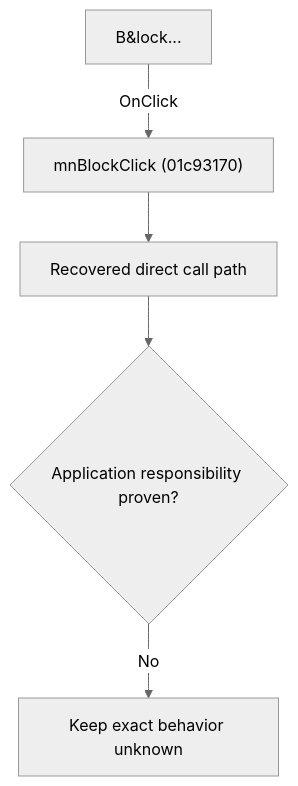
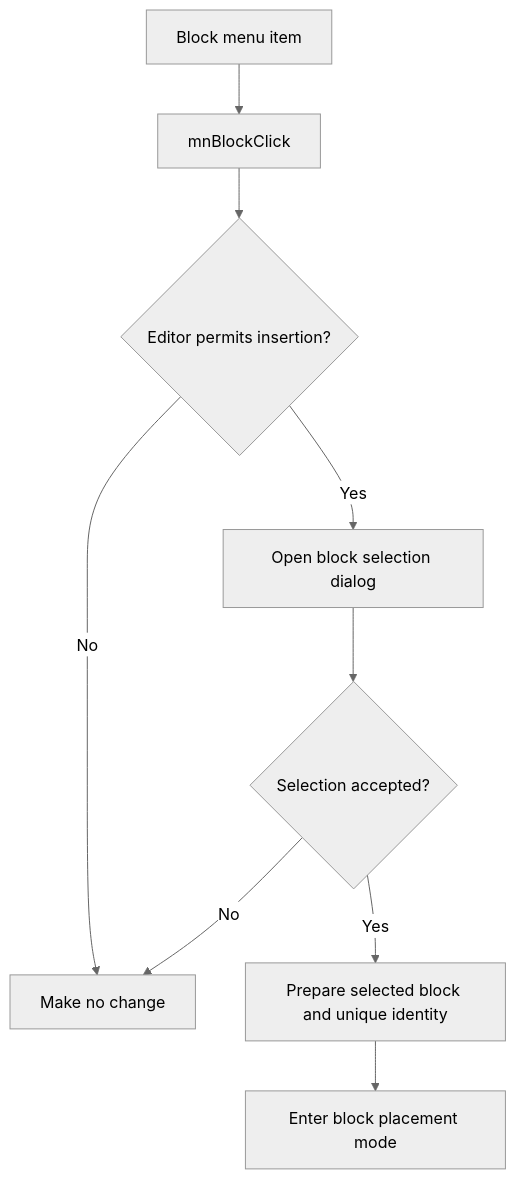
The diagram in docs/ui-controls/schematiceditor/mnblock-848d47367d.md (MovGP0/TIARA), drawn with Mermaid (neutral theme) before and after one commit. The commit also changed other lines of this file and 241 other files, not shown here.

````diff
--- a/docs/ui-controls/schematiceditor/mnblock-848d47367d.md
+++ b/docs/ui-controls/schematiceditor/mnblock-848d47367d.md
@@ -27,7 +19,11 @@
 ```mermaid
 flowchart TD
-    control["B&lock..."] -->|"OnClick"| handler["mnBlockClick (01c93170)"]
-    handler --> recovered["Recovered direct call path"]
-    recovered --> gap{"Application responsibility proven?"}
-    gap -->|"No"| blocked["Keep exact behavior unknown"]
+    control["Block menu item"] --> handler["mnBlockClick"]
+    handler --> allowed{"Editor permits insertion?"}
+    allowed -->|"No"| noOp["Make no change"]
+    allowed -->|"Yes"| chooser["Open block selection dialog"]
+    chooser --> accepted{"Selection accepted?"}
+    accepted -->|"No"| noOp
+    accepted -->|"Yes"| prepare["Prepare selected block and unique identity"]
+    prepare --> place["Enter block placement mode"]
 ```
````
